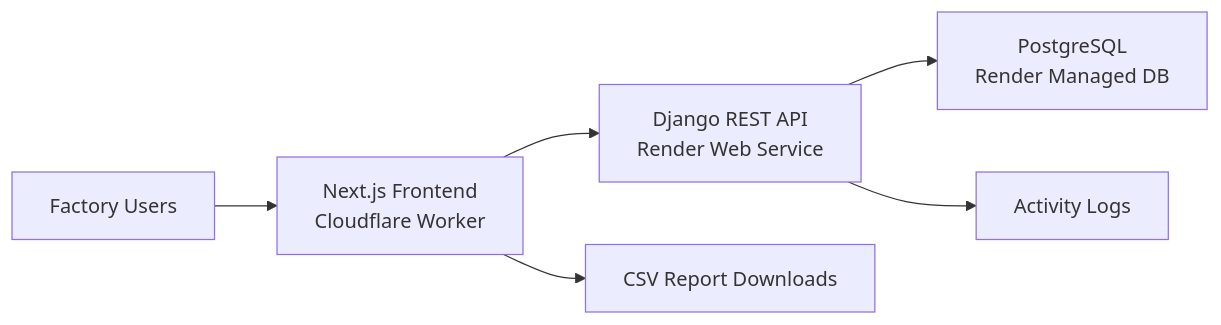
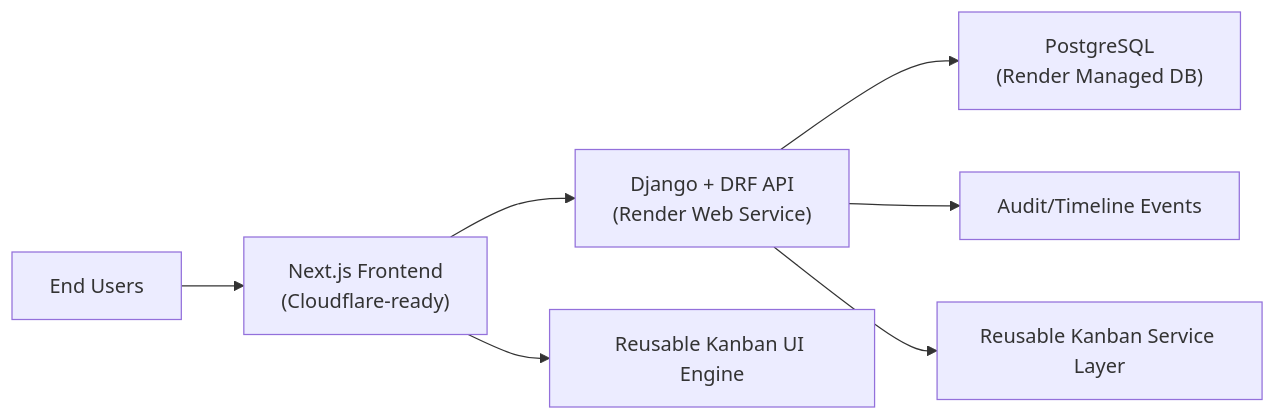
One commit to prithvi13-png/digital-garment changed the diagram in PROJECT_REPORT_CLIENT.md. Above: the diagram before and after it, drawn with Mermaid. The commit also changed other lines of this file and 45 other files, not shown here.

Commit message:
feat: add premium CRM module, kanban engine, UI upgrades, and client reports

````diff
--- a/PROJECT_REPORT_CLIENT.md
+++ b/PROJECT_REPORT_CLIENT.md
@@ -114,8 +79,9 @@
 ```mermaid
 flowchart LR
-    U["Factory Users"] --> FE["Next.js Frontend<br/>Cloudflare Worker"]
-    FE --> API["Django REST API<br/>Render Web Service"]
-    API --> DB["PostgreSQL<br/>Render Managed DB"]
-    API --> LOG["Activity Logs"]
-    FE --> REP["CSV Report Downloads"]
+    U["End Users"] --> FE["Next.js Frontend\n(Cloudflare-ready)"]
+    FE --> API["Django + DRF API\n(Render Web Service)"]
+    API --> DB["PostgreSQL\n(Render Managed DB)"]
+    API --> AUD["Audit/Timeline Events"]
+    FE --> KBN["Reusable Kanban UI Engine"]
+    API --> KBS["Reusable Kanban Service Layer"]
 ```
````
